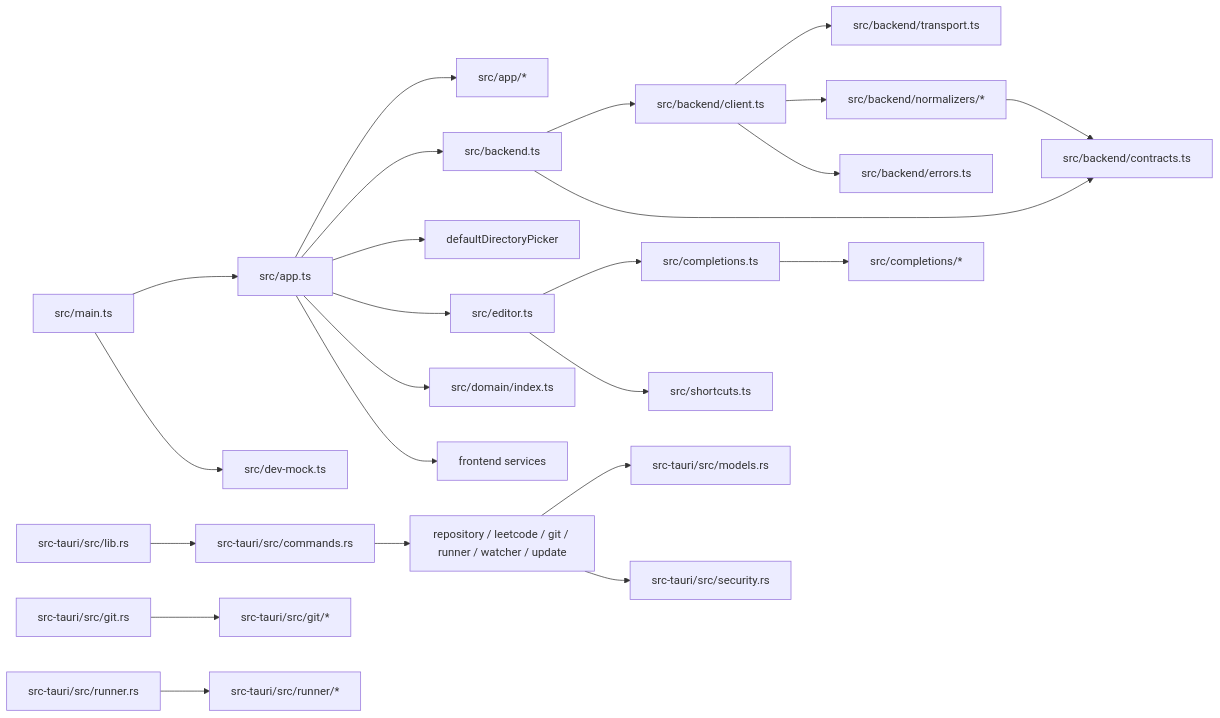
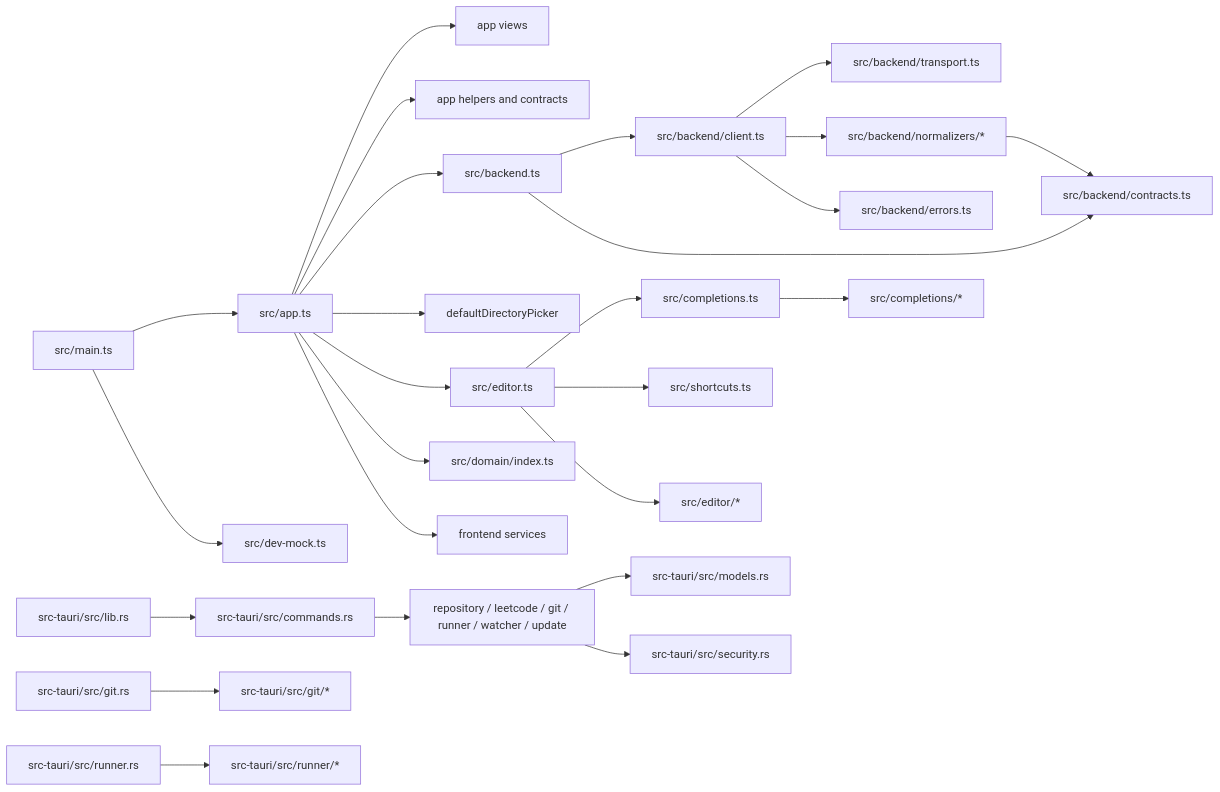
Before and after one commit to ShanePark/leetcoder: the diagram in docs/architecture.md, drawn with Mermaid. The commit also changed other lines of this file and 44 other files, not shown here.

````diff
--- a/docs/architecture.md
+++ b/docs/architecture.md
@@ -52,26 +53,28 @@
 ```mermaid
 flowchart LR
   main[src/main.ts] --> app[src/app.ts]
   main --> mock[src/dev-mock.ts]
-  app --> appParts[src/app/*]
+  app --> appViews[app views]
+  app --> appParts[app helpers and contracts]
   app --> backend[src/backend.ts]
   app --> picker[defaultDirectoryPicker]
   app --> editor[src/editor.ts]
   app --> domain[src/domain/index.ts]
   app --> services[frontend services]
   editor --> completion[src/completions.ts]
   editor --> shortcuts[src/shortcuts.ts]
+  editor --> editorParts[src/editor/*]
   completion --> completionParts[src/completions/*]
   backend --> client[src/backend/client.ts]
   backend --> contracts[src/backend/contracts.ts]
   client --> transport[src/backend/transport.ts]
   client --> normalizers[src/backend/normalizers/*]
   client --> errors[src/backend/errors.ts]
   normalizers --> contracts
   lib[src-tauri/src/lib.rs] --> commands[src-tauri/src/commands.rs]
   commands --> native[repository / leetcode / git / runner / watcher / update]
   native --> models[src-tauri/src/models.rs]
   native --> security[src-tauri/src/security.rs]
   git[src-tauri/src/git.rs] --> gitParts[src-tauri/src/git/*]
   runner[src-tauri/src/runner.rs] --> runnerParts[src-tauri/src/runner/*]
 ```
````
